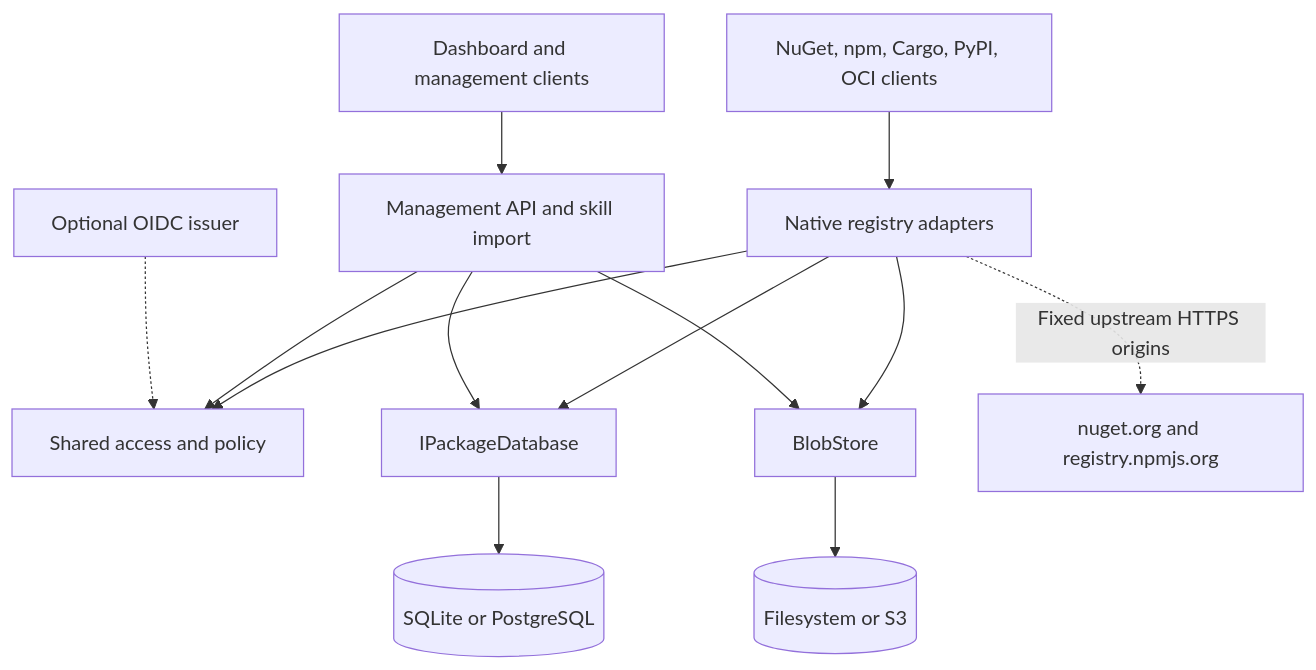
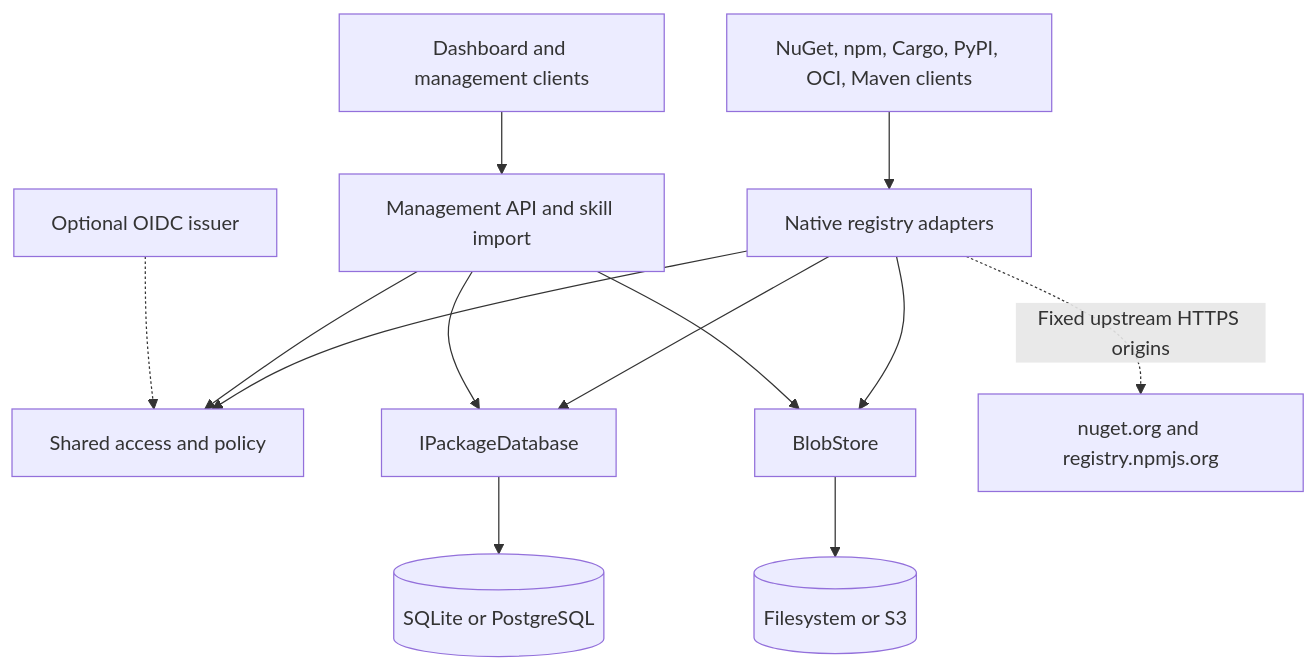
The diagram in docs/architecture.md (Cenn0/Packory), drawn with Mermaid before and after one commit. The commit also changed other lines of this file and 25 other files, not shown here.

First line of the commit message:
feat(v4): experimental Maven hosted release transport, SHA-256 integrity and native consumer smoke (#93)

````diff
--- a/docs/architecture.md
+++ b/docs/architecture.md
@@ -11,15 +11,15 @@
 ```mermaid
 flowchart TB
-  C[NuGet, npm, Cargo, PyPI, OCI clients] --> A[Native registry adapters]
+  C[NuGet, npm, Cargo, PyPI, OCI, Maven clients] --> A[Native registry adapters]
   W[Dashboard and management clients] --> M[Management API and skill import]
   A --> P[Shared access and policy]
   M --> P
   I[Optional OIDC issuer] -.-> P
   A --> D[IPackageDatabase]
   M --> D
   D --> DB[(SQLite or PostgreSQL)]
   A --> S[BlobStore]
   M --> S
   S --> B[(Filesystem or S3)]
   A -.->|Fixed upstream HTTPS origins| U[nuget.org and registry.npmjs.org]
 ```
````
